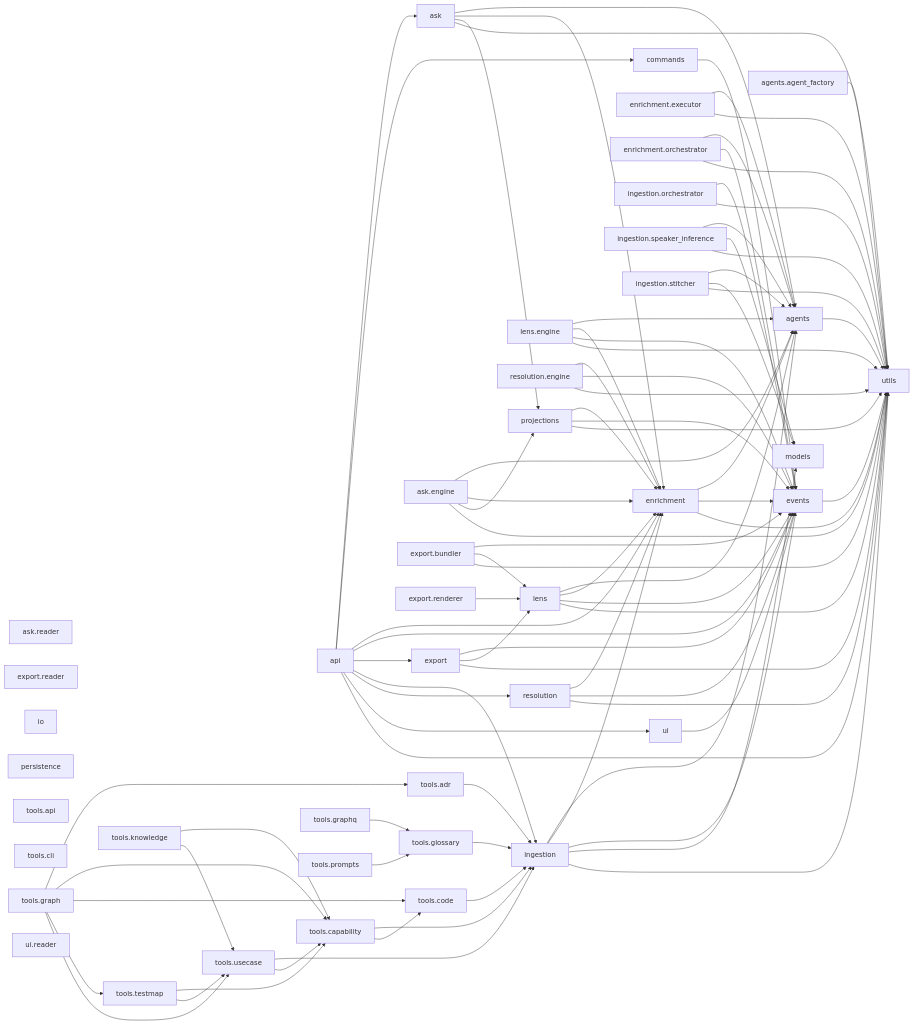
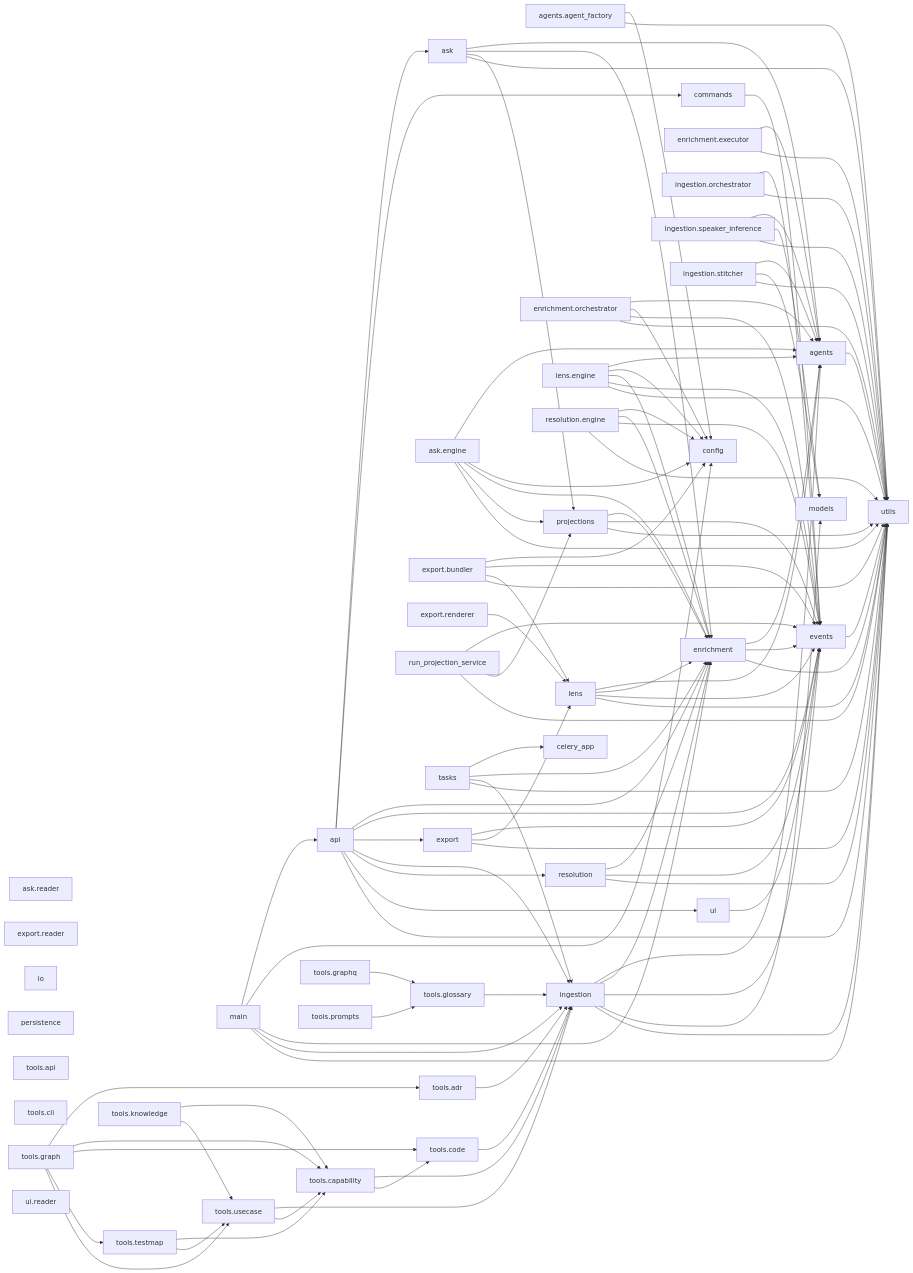
Before and after one commit to DigitalCowboyN/interview_analyzer_chaining: the diagram in docs/code/pipeline.md, drawn with Mermaid. The commit also changed 51 other files, not shown here.

````diff
--- a/docs/code/pipeline.md
+++ b/docs/code/pipeline.md
@@ -3,6 +3,7 @@
 ```mermaid
 graph LR
     agents --> utils
+    agents.agent_factory --> config
     agents.agent_factory --> utils
     api --> ask
     api --> commands
@@ -18,23 +19,28 @@
     ask --> projections
     ask --> utils
     ask.engine --> agents
+    ask.engine --> config
     ask.engine --> enrichment
     ask.engine --> projections
     ask.engine --> utils
     ask.reader
+    celery_app
     commands --> events
+    config
     enrichment --> agents
     enrichment --> events
     enrichment --> utils
     enrichment.executor --> agents
     enrichment.executor --> utils
     enrichment.orchestrator --> agents
+    enrichment.orchestrator --> config
     enrichment.orchestrator --> events
     enrichment.orchestrator --> utils
     events --> utils
     export --> events
     export --> lens
     export --> utils
+    export.bundler --> config
     export.bundler --> events
     export.bundler --> lens
     export.bundler --> utils
@@ -59,9 +65,15 @@
     lens --> events
     lens --> utils
     lens.engine --> agents
+    lens.engine --> config
     lens.engine --> enrichment
     lens.engine --> events
     lens.engine --> utils
+    main --> api
+    main --> config
+    main --> enrichment
+    main --> ingestion
+    main --> utils
     models
     persistence
     projections --> enrichment
@@ -70,9 +82,17 @@
     resolution --> enrichment
     resolution --> events
     resolution --> utils
+    resolution.engine --> config
     resolution.engine --> enrichment
     resolution.engine --> events
     resolution.engine --> utils
+    run_projection_service --> events
+    run_projection_service --> projections
+    run_projection_service --> utils
+    tasks --> celery_app
+    tasks --> enrichment
+    tasks --> ingestion
+    tasks --> utils
     tools.adr --> ingestion
     tools.api
     tools.capability --> ingestion
````
